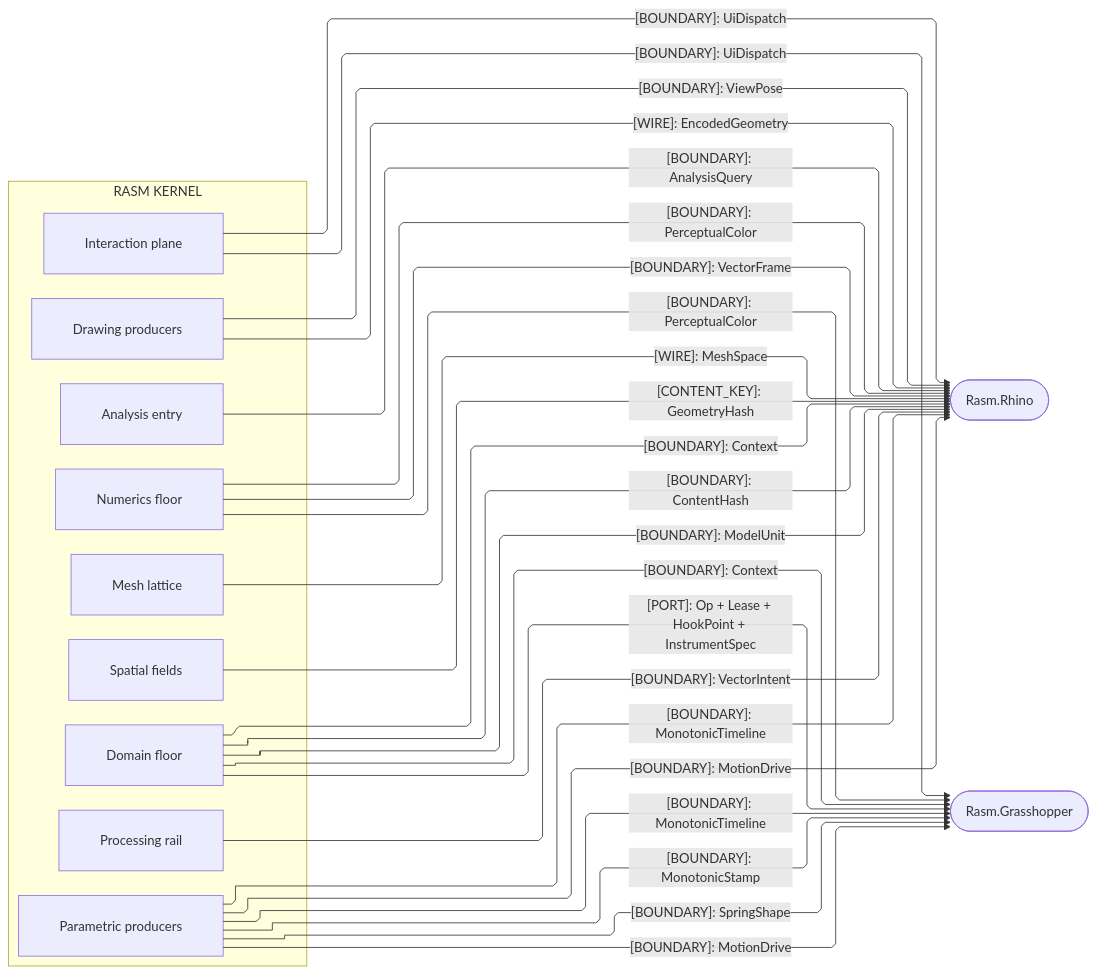
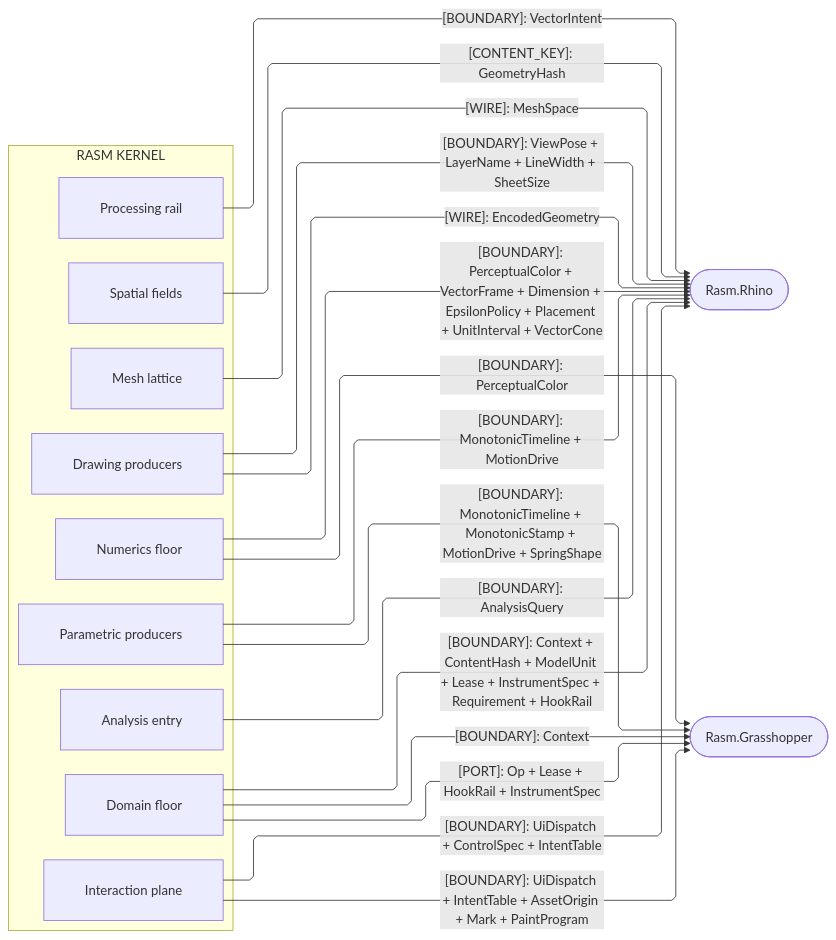
The fourth of 4 diagrams in libs/csharp/Rasm/ARCHITECTURE.md (bsamiee/Rasm), drawn with Mermaid before and after one commit. The commit also changed other lines of this file and 56 other files, not shown here.

````diff
--- a/libs/csharp/Rasm/ARCHITECTURE.md
+++ b/libs/csharp/Rasm/ARCHITECTURE.md
@@ -294,47 +281,40 @@
 ```mermaid
 ---
 config:
   layout: elk
   flowchart:
     curve: linear
     padding: 25
 ---
 flowchart LR
     accTitle: Kernel host-UI boundary seams
-    accDescr: Which boundary contracts, wires, and keys the kernel hands one-way down to the Rhino and Grasshopper host packages.
+    accDescr: Which boundary shapes, ports, wires, and keys the kernel hands one-way down to the Rhino and Grasshopper host packages.
     subgraph rasm[RASM KERNEL]
         Domain[Domain floor]
         Numerics[Numerics floor]
         Spatial[Spatial fields]
         Meshing[Mesh lattice]
         Parametric[Parametric producers]
         Processing[Processing rail]
         Drawing[Drawing producers]
         Analysis[Analysis entry]
         Interaction[Interaction plane]
     end
     Rhino([Rasm.Rhino])
     Grasshopper([Rasm.Grasshopper])
-    Numerics e1@-->|"[BOUNDARY]: PerceptualColor"| Rhino
-    Numerics e2@-->|"[BOUNDARY]: PerceptualColor"| Grasshopper
-    Domain e3@-->|"[BOUNDARY]: Context"| Rhino
-    Domain e4@-->|"[BOUNDARY]: Context"| Grasshopper
-    Domain e5@-->|"[BOUNDARY]: ContentHash"| Rhino
-    Parametric e6@-->|"[BOUNDARY]: MonotonicTimeline"| Rhino
-    Parametric e7@-->|"[BOUNDARY]: MonotonicTimeline"| Grasshopper
-    Processing e8@-->|"[BOUNDARY]: VectorIntent"| Rhino
-    Analysis e9@-->|"[BOUNDARY]: AnalysisQuery"| Rhino
-    Domain e10@-->|"[BOUNDARY]: ModelUnit"| Rhino
-    Numerics e11@-->|"[BOUNDARY]: VectorFrame"| Rhino
-    Drawing e12@-->|"[BOUNDARY]: ViewPose"| Rhino
-    Drawing e13@-->|"[WIRE]: EncodedGeometry"| Rhino
-    Meshing e14@-->|"[WIRE]: MeshSpace"| Rhino
-    Spatial e15@-->|"[CONTENT_KEY]: GeometryHash"| Rhino
-    Parametric e16@-->|"[BOUNDARY]: MonotonicStamp"| Grasshopper
-    Parametric e17@-->|"[BOUNDARY]: SpringShape"| Grasshopper
-    Domain e18@-->|"[PORT]: Op + Lease + HookPoint + InstrumentSpec"| Grasshopper
-    Parametric e19@-->|"[BOUNDARY]: MotionDrive"| Rhino
-    Parametric e20@-->|"[BOUNDARY]: MotionDrive"| Grasshopper
-    Interaction e21@-->|"[BOUNDARY]: UiDispatch"| Rhino
-    Interaction e22@-->|"[BOUNDARY]: UiDispatch"| Grasshopper
+    Domain e1@-->|"[BOUNDARY]: Context + ContentHash + ModelUnit + Lease + InstrumentSpec + Requirement + HookRail"| Rhino
+    Domain e2@-->|"[BOUNDARY]: Context"| Grasshopper
+    Domain e3@-->|"[PORT]: Op + Lease + HookRail + InstrumentSpec"| Grasshopper
+    Numerics e4@-->|"[BOUNDARY]: PerceptualColor + VectorFrame + Dimension + EpsilonPolicy + Placement + UnitInterval + VectorCone"| Rhino
+    Numerics e5@-->|"[BOUNDARY]: PerceptualColor"| Grasshopper
+    Spatial e6@-->|"[CONTENT_KEY]: GeometryHash"| Rhino
+    Meshing e7@-->|"[WIRE]: MeshSpace"| Rhino
+    Parametric e8@-->|"[BOUNDARY]: MonotonicTimeline + MotionDrive"| Rhino
+    Parametric e9@-->|"[BOUNDARY]: MonotonicTimeline + MonotonicStamp + MotionDrive + SpringShape"| Grasshopper
+    Processing e10@-->|"[BOUNDARY]: VectorIntent"| Rhino
+    Drawing e11@-->|"[BOUNDARY]: ViewPose + LayerName + LineWidth + SheetSize"| Rhino
+    Drawing e12@-->|"[WIRE]: EncodedGeometry"| Rhino
+    Analysis e13@-->|"[BOUNDARY]: AnalysisQuery"| Rhino
+    Interaction e14@-->|"[BOUNDARY]: UiDispatch + ControlSpec + IntentTable"| Rhino
+    Interaction e15@-->|"[BOUNDARY]: UiDispatch + IntentTable + AssetOrigin + Mark + PaintProgram"| Grasshopper
 ```
````
